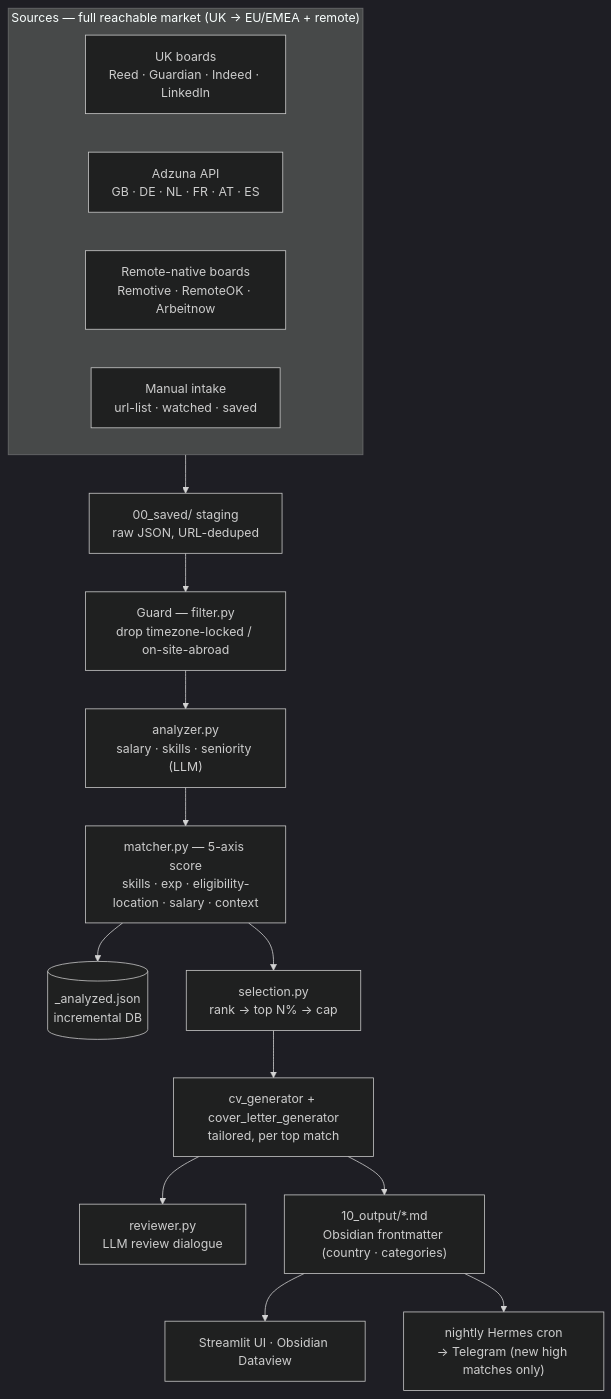
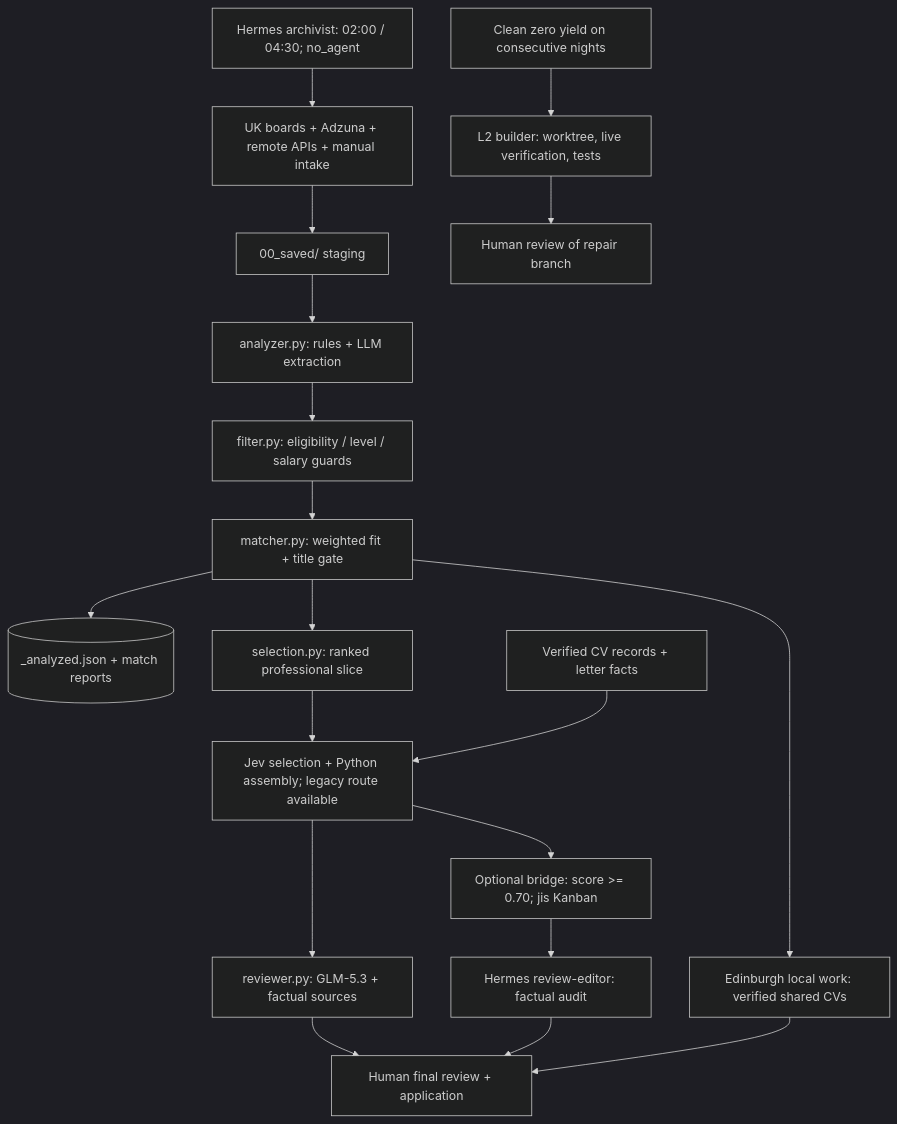
One commit to 0xkz1/AI-Job-Scout-System changed the first of 2 diagrams in README.md. Above: the diagram before and after it, drawn with Mermaid (dark theme). The commit also changed other lines of this file and 2 other files, not shown here.

Commit message:
docs(readme): refresh Job Scout System architecture and deployment notes

````diff
--- a/README.md
+++ b/README.md
@@ -42,20 +54,21 @@
 ```mermaid
 flowchart TD
-    subgraph SRC["Sources — full reachable market (UK → EU/EMEA + remote)"]
-        UK["UK boards<br/>Reed · Guardian · Indeed · LinkedIn"]
-        ADZ["Adzuna API<br/>GB · DE · NL · FR · AT · ES"]
-        REM["Remote-native boards<br/>Remotive · RemoteOK · Arbeitnow"]
-        MAN["Manual intake<br/>url-list · watched · saved"]
-    end
-    SRC --> STG["00_saved/ staging<br/>raw JSON, URL-deduped"]
-    STG --> GUARD["Guard — filter.py<br/>drop timezone-locked / on-site-abroad"]
-    GUARD --> AN["analyzer.py<br/>salary · skills · seniority (LLM)"]
-    AN --> MATCH["matcher.py — 5-axis score<br/>skills · exp · eligibility-location · salary · context"]
-    MATCH --> DB[("_analyzed.json<br/>incremental DB")]
-    MATCH --> SEL["selection.py<br/>rank → top N% → cap"]
-    SEL --> GEN["cv_generator + cover_letter_generator<br/>tailored, per top match"]
-    GEN --> REV["reviewer.py<br/>LLM review dialogue"]
-    GEN --> OUT["10_output/*.md<br/>Obsidian frontmatter (country · categories)"]
-    OUT --> UIS["Streamlit UI · Obsidian Dataview"]
-    OUT --> CRON["nightly Hermes cron<br/>→ Telegram (new high matches only)"]
+    SRC["UK boards + Adzuna + remote APIs + manual intake"] --> STG["00_saved/ staging"]
+    CRON["Hermes archivist: 02:00 / 04:30; no_agent"] --> SRC
+    STG --> AN["analyzer.py: rules + LLM extraction"]
+    AN --> FILTER["filter.py: eligibility / level / salary guards"]
+    FILTER --> MATCH["matcher.py: weighted fit + title gate"]
+    MATCH --> DB[("_analyzed.json + match reports")]
+    MATCH --> LOCAL["Edinburgh local work: verified shared CVs"]
+    MATCH --> SEL["selection.py: ranked professional slice"]
+    SEL --> GEN["Jev selection + Python assembly; legacy route available"]
+    FACTS["Verified CV records + letter facts"] --> GEN
+    GEN --> REVIEW["reviewer.py: GLM-5.3 + factual sources"]
+    GEN --> BRIDGE["Optional bridge: score >= 0.70; jis Kanban"]
+    BRIDGE --> EDITOR["Hermes review-editor: factual audit"]
+    REVIEW --> HUMAN["Human final review + application"]
+    EDITOR --> HUMAN
+    LOCAL --> HUMAN
+    MONITOR["Clean zero yield on consecutive nights"] --> REPAIR["L2 builder: worktree, live verification, tests"]
+    REPAIR --> REVIEWFIX["Human review of repair branch"]
 ```
````
